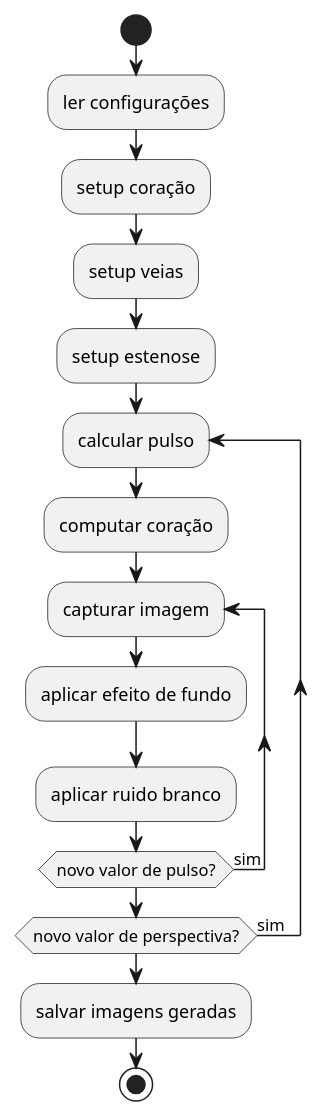
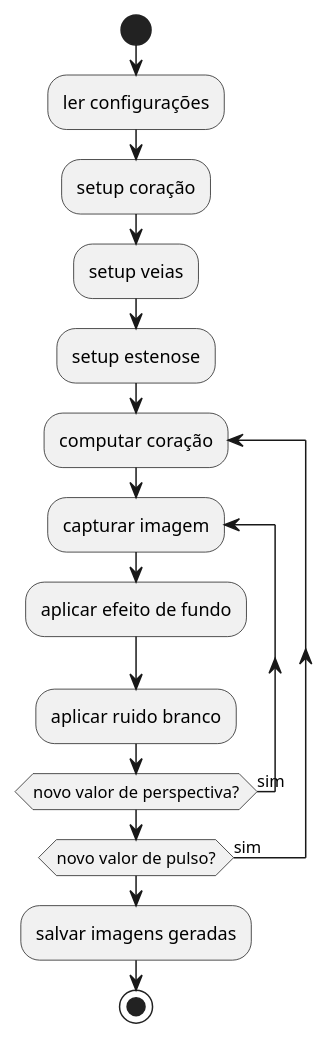
The diagram in diagramaDeAtividade.puml (caetanope/angio3d), drawn with PlantUML before and after one commit. The commit also changed 19 other files, not shown here.

```diff
--- a/diagramaDeAtividade.puml
+++ b/diagramaDeAtividade.puml
@@ -1,22 +1,21 @@
 @startuml diagramaDeAtividade
 
 start
 
 :ler configurações;
 :setup coração;
 :setup veias;
 :setup estenose;
 
-repeat :calcular pulso; 
-    :computar coração;
+repeat :computar coração;    
     repeat :capturar imagem; 
         :aplicar efeito de fundo;
         :aplicar ruido branco;
-    repeat while (novo valor de pulso?) is (sim)
-repeat while (novo valor de perspectiva?) is (sim)
+    repeat while (novo valor de perspectiva?) is (sim)
+repeat while (novo valor de pulso?) is (sim)
 
 :salvar imagens geradas;
 
 stop
 
 @enduml
```
